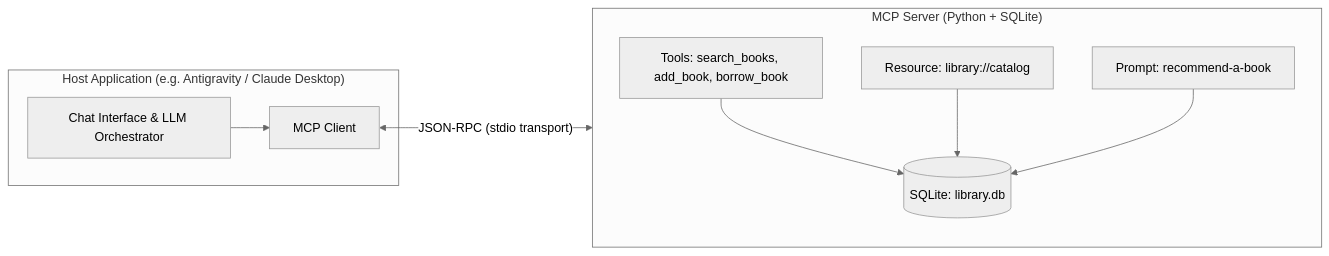
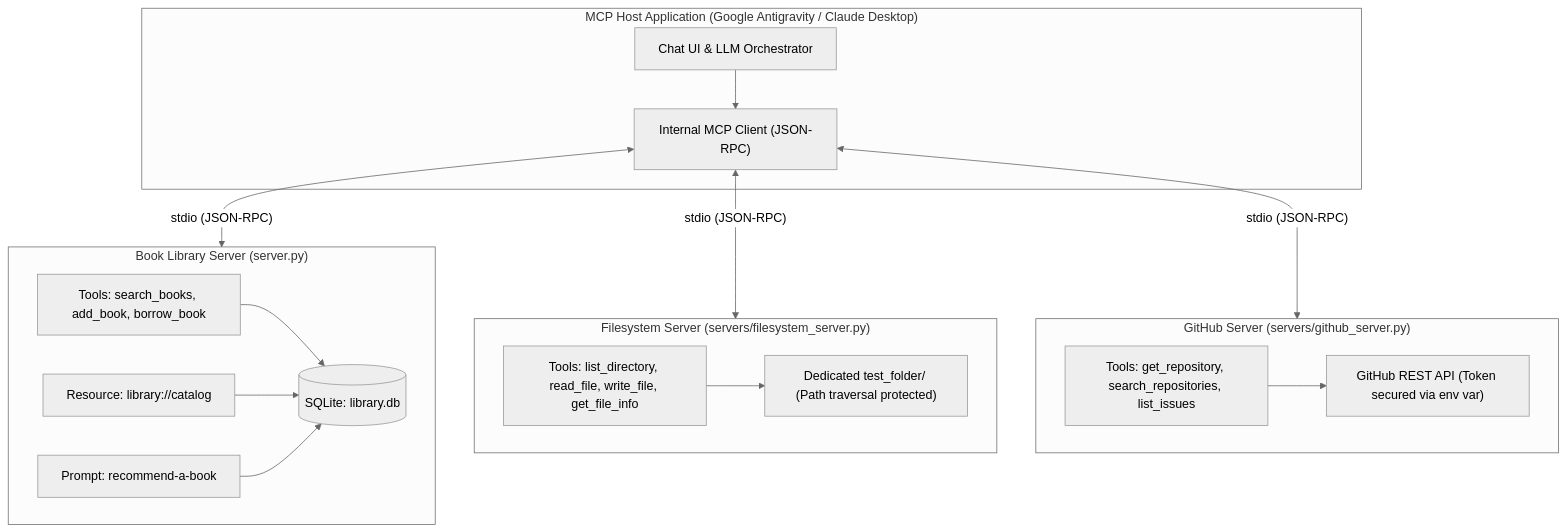
The diagram in README.md (sasikalascgm-droid/mcp-server), drawn with Mermaid (neutral theme) before and after one commit. The commit also changed other lines of this file and 4 other files, not shown here.

Commit message:
feat: add existing MCP servers (filesystem, github), audit scripts, and update README

````diff
--- a/README.md
+++ b/README.md
@@ -49,20 +47,35 @@
 ```mermaid
-flowchart LR
-    subgraph Host["Host Application (e.g. Antigravity / Claude Desktop)"]
-        UI["Chat Interface & LLM Orchestrator"]
-        Client["MCP Client"]
+flowchart TD
+    subgraph Host["MCP Host Application (Google Antigravity / Claude Desktop)"]
+        Chat["Chat UI & LLM Orchestrator"]
+        Client["Internal MCP Client (JSON-RPC)"]
     end
 
-    subgraph Server["MCP Server (Python + SQLite)"]
-        Tools["Tools: search_books, add_book, borrow_book"]
-        Resource["Resource: library://catalog"]
-        Prompt["Prompt: recommend-a-book"]
-        DB[(SQLite: library.db)]
+    subgraph Server1["Book Library Server (server.py)"]
+        LTools["Tools: search_books, add_book, borrow_book"]
+        LRes["Resource: library://catalog"]
+        LPrompt["Prompt: recommend-a-book"]
+        LDB[(SQLite: library.db)]
     end
 
-    UI --> Client
-    Client <-->|"JSON-RPC (stdio transport)"| Server
-    Tools --> DB
-    Resource --> DB
-    Prompt --> DB
+    subgraph Server2["Filesystem Server (servers/filesystem_server.py)"]
+        FTools["Tools: list_directory, read_file, write_file, get_file_info"]
+        Folder["Dedicated test_folder/ (Path traversal protected)"]
+    end
+
+    subgraph Server3["GitHub Server (servers/github_server.py)"]
+        GTools["Tools: get_repository, search_repositories, list_issues"]
+        API["GitHub REST API (Token secured via env var)"]
+    end
+
+    Chat --> Client
+    Client <-->|"stdio (JSON-RPC)"| Server1
+    Client <-->|"stdio (JSON-RPC)"| Server2
+    Client <-->|"stdio (JSON-RPC)"| Server3
+
+    LTools --> LDB
+    LRes --> LDB
+    LPrompt --> LDB
+    FTools --> Folder
+    GTools --> API
 ```
````
